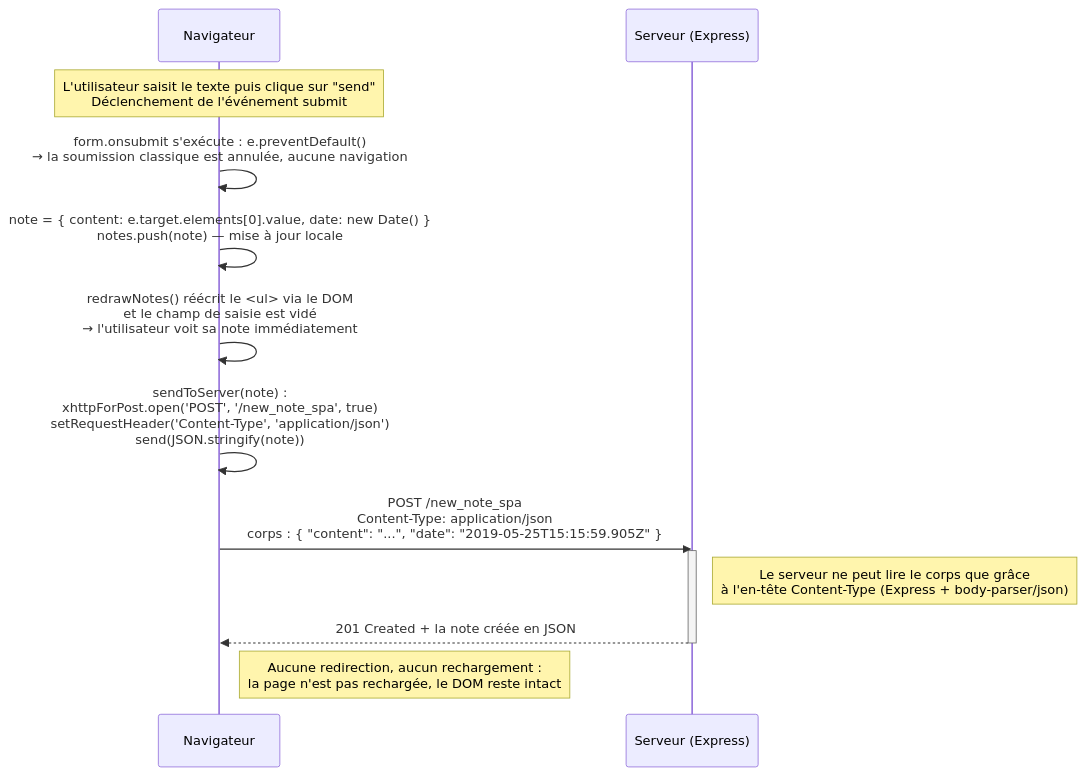
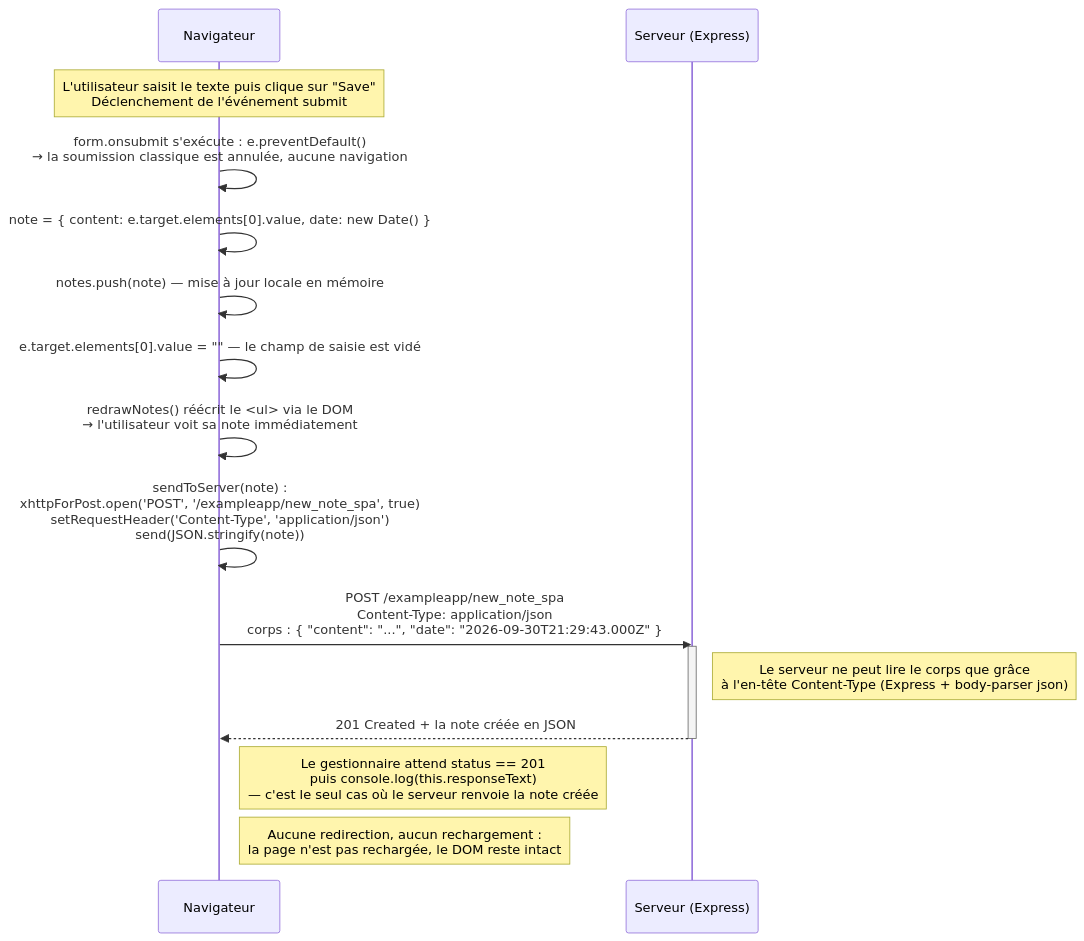
One commit to AnouRabah/fullstackopen changed the diagram in part0/0.6.md. Above: the diagram before and after it, drawn with Mermaid. The commit also changed other lines of this file and 39 other files, not shown here.

````diff
--- a/part0/0.6.md
+++ b/part0/0.6.md
@@ -7,20 +7,29 @@
 ```mermaid
 sequenceDiagram
     participant browser as Navigateur
     participant server as Serveur (Express)
 
-    Note over browser: L'utilisateur saisit le texte puis clique sur "send"<br/>Déclenchement de l'événement submit
+    Note over browser: L'utilisateur saisit le texte puis clique sur "Save"<br/>Déclenchement de l'événement submit
 
     browser->>browser: form.onsubmit s'exécute : e.preventDefault()<br/>→ la soumission classique est annulée, aucune navigation
-    browser->>browser: note = { content: e.target.elements[0].value, date: new Date() }<br/>notes.push(note) — mise à jour locale
-    browser->>browser: redrawNotes() réécrit le <ul> via le DOM<br/>et le champ de saisie est vidé<br/>→ l'utilisateur voit sa note immédiatement
-    browser->>browser: sendToServer(note) :<br/>xhttpForPost.open('POST', '/new_note_spa', true)<br/>setRequestHeader('Content-Type', 'application/json')<br/>send(JSON.stringify(note))
 
-    browser->>server: POST /new_note_spa<br/>Content-Type: application/json<br/>corps : { "content": "...", "date": "2019-05-25T15:15:59.905Z" }
+    browser->>browser: note = { content: e.target.elements[0].value, date: new Date() }
+
+    browser->>browser: notes.push(note) — mise à jour locale en mémoire
+
+    browser->>browser: e.target.elements[0].value = "" — le champ de saisie est vidé
+
+    browser->>browser: redrawNotes() réécrit le <ul> via le DOM<br/>→ l'utilisateur voit sa note immédiatement
+
+    browser->>browser: sendToServer(note) :<br/>xhttpForPost.open('POST', '/exampleapp/new_note_spa', true)<br/>setRequestHeader('Content-Type', 'application/json')<br/>send(JSON.stringify(note))
+
+    browser->>server: POST /exampleapp/new_note_spa<br/>Content-Type: application/json<br/>corps : { "content": "...", "date": "2026-09-30T21:29:43.000Z" }
     activate server
-    Note right of server: Le serveur ne peut lire le corps que grâce<br/>à l'en-tête Content-Type (Express + body-parser/json)
+    Note right of server: Le serveur ne peut lire le corps que grâce<br/>à l'en-tête Content-Type (Express + body-parser json)
     server-->>browser: 201 Created + la note créée en JSON
     deactivate server
 
+    Note right of browser: Le gestionnaire attend status == 201<br/>puis console.log(this.responseText)<br/>— c'est le seul cas où le serveur renvoie la note créée
+
     Note right of browser: Aucune redirection, aucun rechargement :<br/>la page n'est pas rechargée, le DOM reste intact
 ```
````
